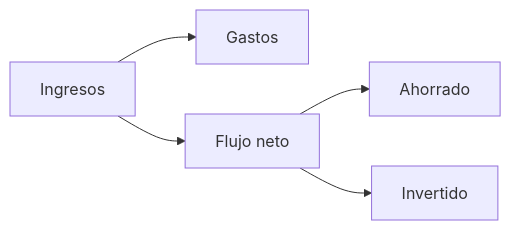
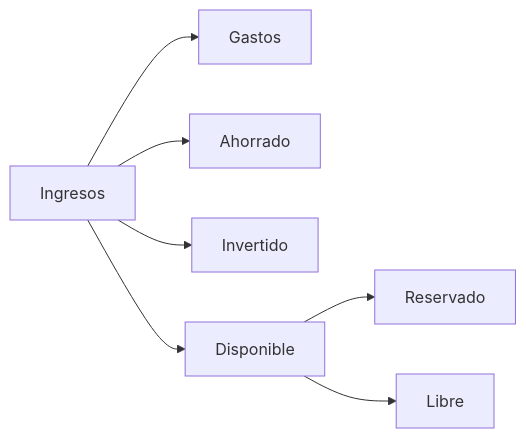
The diagram in resources/docs/documentation/40-analysis/10-cashflow-es.md (whisper-money/whisper-money), drawn with Mermaid before and after one commit. The commit also changed other lines of this file and 3 other files, not shown here.

First line of the commit message:
docs(cashflow): document Available, Free, reserved and the expense split (#1153)

````diff
--- a/resources/docs/documentation/40-analysis/10-cashflow-es.md
+++ b/resources/docs/documentation/40-analysis/10-cashflow-es.md
@@ -17,8 +17,10 @@
 ```mermaid
 flowchart LR
     %% diagram: cashflow-sankey-es
     income[Ingresos] --> expenses[Gastos]
-    income --> net[Flujo neto]
-    net --> saved[Ahorrado]
-    net --> invested[Invertido]
+    income --> saved[Ahorrado]
+    income --> invested[Invertido]
+    income --> available[Disponible]
+    available --> reserved[Reservado]
+    available --> free[Libre]
 ```
````
